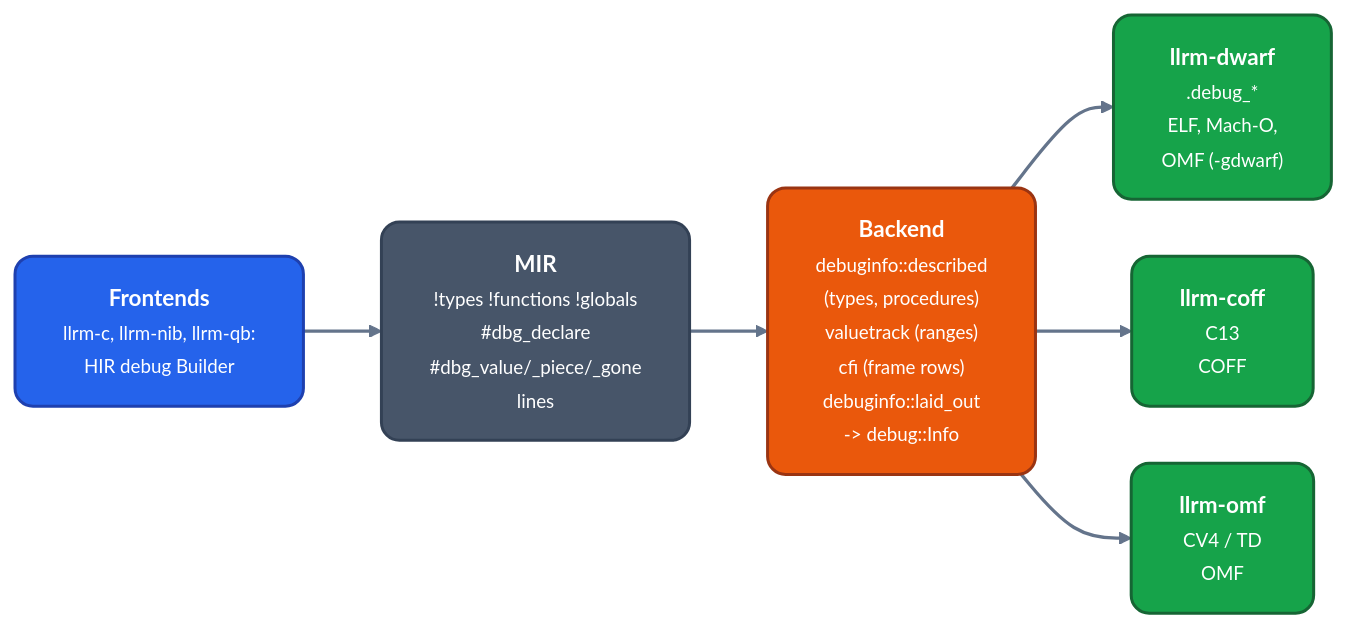
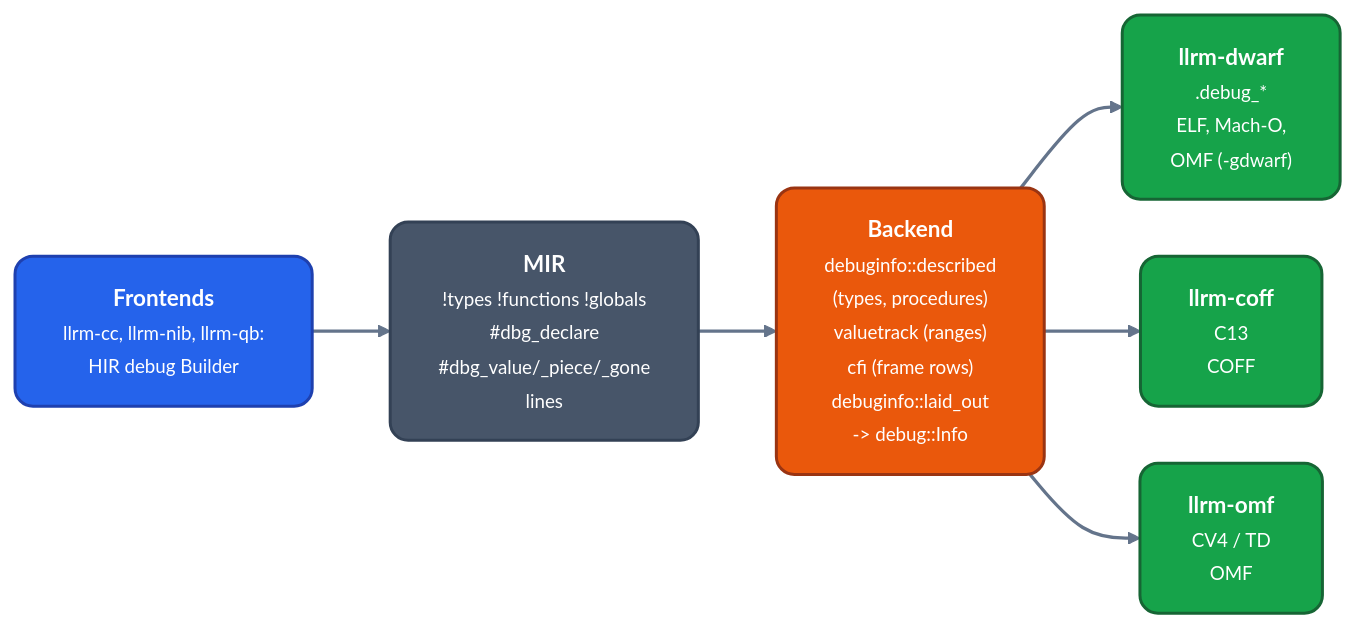
The diagram in docs/formats/debug-info.md (ali-mosavian/llrm), drawn with Mermaid before and after one commit. The commit also changed other lines of this file and 411 other files, not shown here.

````diff
--- a/docs/formats/debug-info.md
+++ b/docs/formats/debug-info.md
@@ -6,20 +6,20 @@
 ```mermaid
 %%{init: {'theme':'base','themeVariables':{'fontFamily':'Segoe UI, Helvetica Neue, Arial, DejaVu Sans, sans-serif','fontSize':'15px','primaryColor':'#475569','primaryTextColor':'#ffffff','primaryBorderColor':'#334155','lineColor':'#64748b','secondaryColor':'#475569','tertiaryColor':'transparent','clusterBkg':'transparent','clusterBorder':'#64748b','edgeLabelBackground':'#334155','textColor':'#64748b','titleColor':'#64748b'},'flowchart':{'curve':'basis','nodeSpacing':38,'rankSpacing':52,'padding':16,'wrappingWidth':360,'htmlLabels':true,'useMaxWidth':true}}}%%
 flowchart LR
   classDef src fill:#2563eb,stroke:#1e40af,stroke-width:2px,color:#ffffff,rx:12px,ry:12px
   classDef mid fill:#475569,stroke:#334155,stroke-width:2px,color:#ffffff,rx:12px,ry:12px
   classDef opt fill:#ea580c,stroke:#9a3412,stroke-width:2px,color:#ffffff,rx:12px,ry:12px
   classDef out fill:#16a34a,stroke:#166534,stroke-width:2px,color:#ffffff,rx:12px,ry:12px
   linkStyle default stroke:#64748b,stroke-width:2.2px
-  fe["<b>Frontends</b><br/><small>llrm-c, llrm-nib, llrm-qb:<br/>HIR debug Builder</small>"]:::src
+  fe["<b>Frontends</b><br/><small>llrm-cc, llrm-nib, llrm-qb:<br/>HIR debug Builder</small>"]:::src
   mir["<b>MIR</b><br/><small>!types !functions !globals<br/>#35;dbg_declare<br/>#35;dbg_value/_piece/_gone<br/>lines</small>"]:::mid
   be["<b>Backend</b><br/><small>debuginfo::described<br/>(types, procedures)<br/>valuetrack (ranges)<br/>cfi (frame rows)<br/>debuginfo::laid_out<br/>-#gt; debug::Info</small>"]:::opt
   dw["<b>llrm-dwarf</b><br/><small>.debug_*<br/>ELF, Mach-O,<br/>OMF (-gdwarf)</small>"]:::out
   co["<b>llrm-coff</b><br/><small>C13<br/>COFF</small>"]:::out
   om["<b>llrm-omf</b><br/><small>CV4 / TD<br/>OMF</small>"]:::out
   fe --> mir
   mir --> be
   be --> dw
   be --> co
   be --> om
 ```
````
